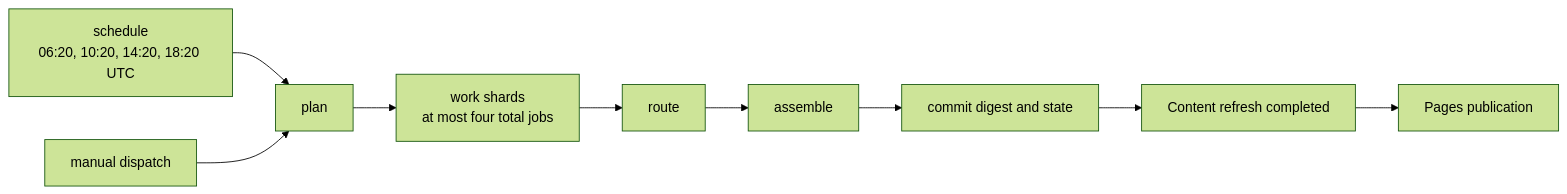
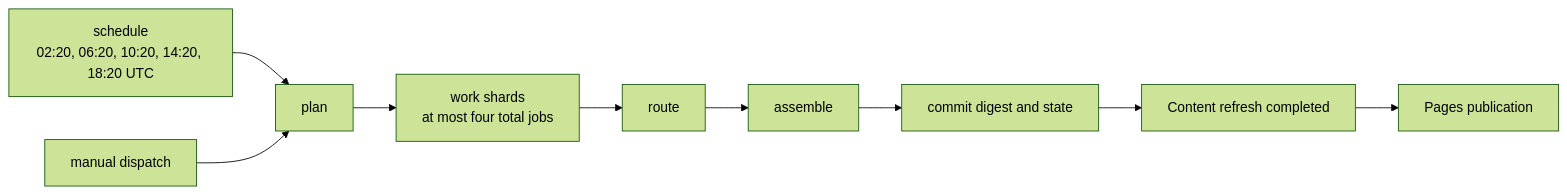
Before and after one commit to miztiik/yen-idhazh: the second of 3 diagrams in docs/reference/github-actions.md, drawn with Mermaid (forest theme). The commit also changed other lines of this file and 8 other files, not shown here.

````diff
--- a/docs/reference/github-actions.md
+++ b/docs/reference/github-actions.md
@@ -44,11 +44,11 @@
 ```mermaid
 flowchart LR
-    SCHEDULE["schedule<br/>06:20, 10:20, 14:20, 18:20 UTC"] --> PLAN["plan"]
+    SCHEDULE["schedule<br/>02:20, 06:20, 10:20, 14:20, 18:20 UTC"] --> PLAN["plan"]
     MANUAL["manual dispatch"] --> PLAN
     PLAN --> WORK["work shards<br/>at most four total jobs"]
     WORK --> ROUTE["route"]
     ROUTE --> ASSEMBLE["assemble"]
     ASSEMBLE --> COMMIT["commit digest and state"]
     COMMIT --> COMPLETE["Content refresh completed"]
     COMPLETE --> PAGES["Pages publication"]
 ```
````
